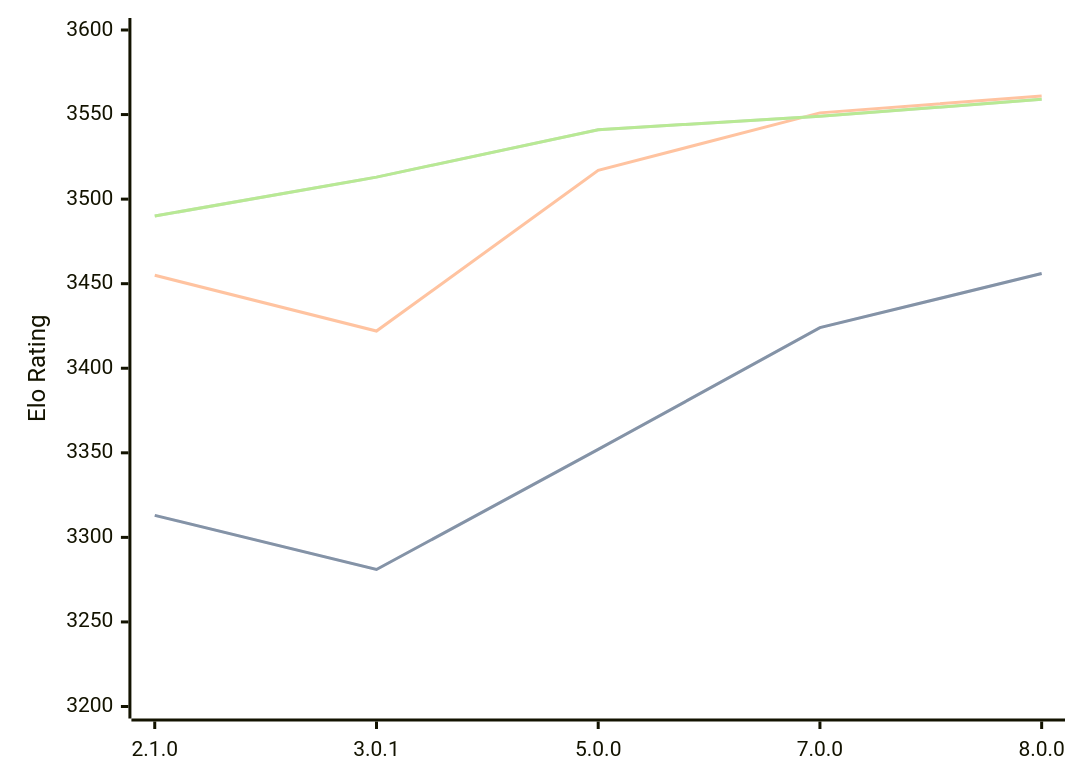
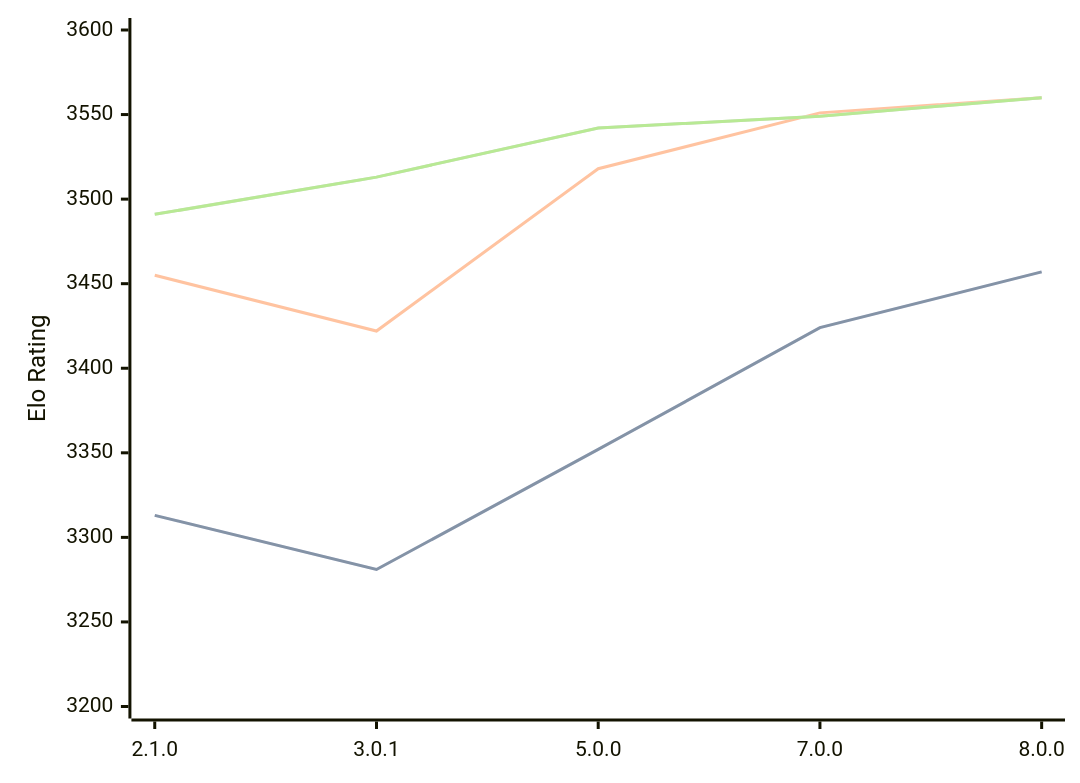
One commit to computer-chess-index/cci changed the diagram in engines/PlentyChess.md. Above: the diagram before and after it, drawn with Mermaid. The commit also changed other lines of this file, not shown here.

Commit message:
Update CCI Ratings (ELO VLTC) - 2026-07-20

````diff
--- a/engines/PlentyChess.md
+++ b/engines/PlentyChess.md
@@ -46,11 +46,11 @@
 ```mermaid
 %%{init: {"theme":"base","themeVariables":{"seriesColors:['#a3a3a3','#222221','#faa371']}}}%%
 xychart-beta
   x-axis ["2.1.0", "3.0.1", "5.0.0", "7.0.0", "8.0.0"]
   y-axis "Elo Rating" 3200 --> 3600
-  line "STC (8.0+0.08s)" [3313, 3281, 3352, 3424, 3456]
-  line "STC (8.0+0.08s)" [3313, 3281, 3352, 3424, 3456]
-  line "LTC (60.0+0.60s)" [3455, 3422, 3517, 3551, 3561]
-  line "VLTC (2m24s+1.12s)" [3490, 3513, 3541, 3549, 3559]
-  line "VLTC (2m24s+1.12s)" [3490, 3513, 3541, 3549, 3559]
+  line "STC (8.0+0.08s)" [3313, 3281, 3352, 3424, 3457]
+  line "STC (8.0+0.08s)" [3313, 3281, 3352, 3424, 3457]
+  line "LTC (60.0+0.60s)" [3455, 3422, 3518, 3551, 3560]
+  line "VLTC (2m24s+1.12s)" [3491, 3513, 3542, 3549, 3560]
+  line "VLTC (2m24s+1.12s)" [3491, 3513, 3542, 3549, 3560]
 ```
````
